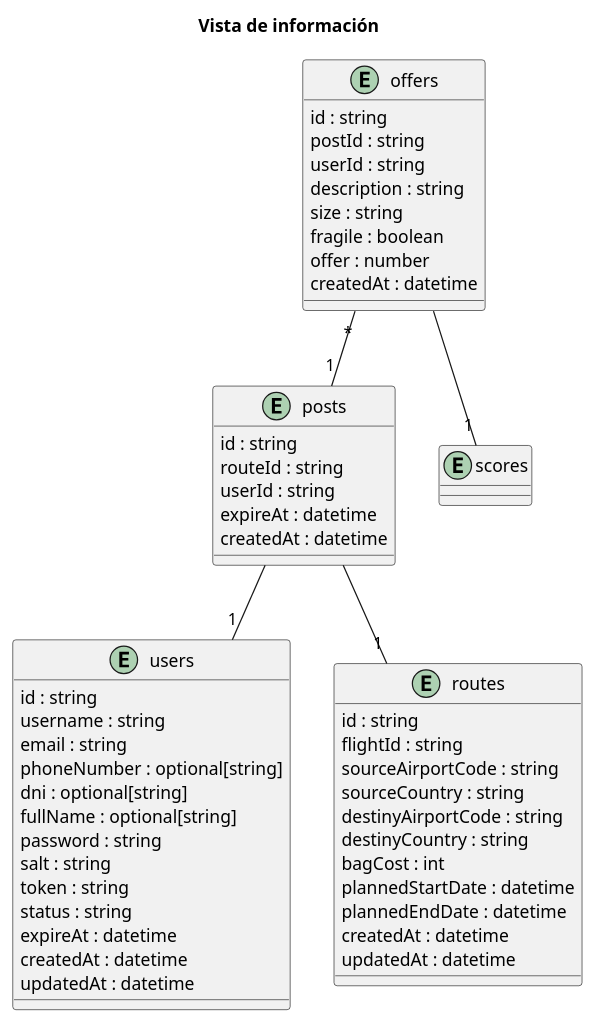
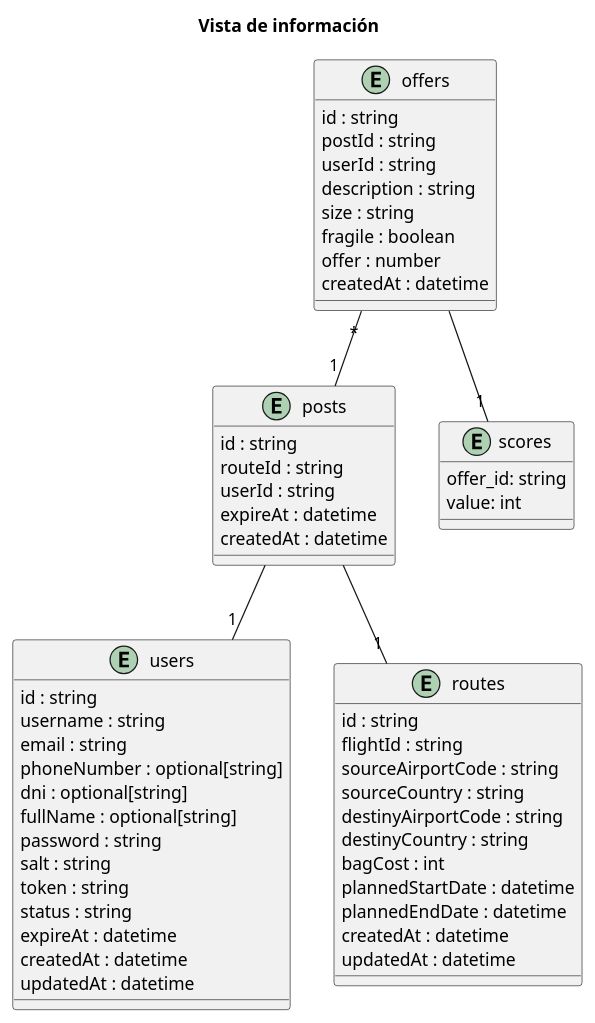
Before and after one commit to ddi4z/Cloud-native-application-development-Course: the diagram in docs/diagrams/entities.puml, drawn with PlantUML. The commit also changed 4 other files, not shown here.

```diff
--- a/docs/diagrams/entities.puml
+++ b/docs/diagrams/entities.puml
@@ -1,62 +1,64 @@
 @startuml
 title Vista de información
 
 entity "users" as users {
   id : string
   username : string
   email : string
   phoneNumber : optional[string]
   dni : optional[string]
   fullName : optional[string]
   password : string
   salt : string
   token : string
   status : string
   expireAt : datetime
   createdAt : datetime
   updatedAt : datetime
 }
 
 entity "routes" as routes {
   id : string
   flightId : string
   sourceAirportCode : string
   sourceCountry : string
   destinyAirportCode : string
   destinyCountry : string
   bagCost : int
   plannedStartDate : datetime
   plannedEndDate : datetime
   createdAt : datetime
   updatedAt : datetime
 }
 
 entity "posts" as posts {
   id : string
   routeId : string
   userId : string
   expireAt : datetime
   createdAt : datetime
 }
 
 entity "offers" as offers {
   id : string
   postId : string
   userId : string
   description : string
   size : string
   fragile : boolean
   offer : number
   createdAt : datetime
 }
 
 entity "scores" as scores {
+  offer_id: string
+  value: int
 }
 
 
 posts -- "1" users
 posts -- "1" routes
 offers "*" -- "1" posts
 offers -- "1" scores
 
 @enduml
```
